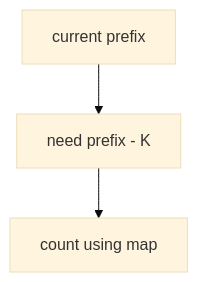
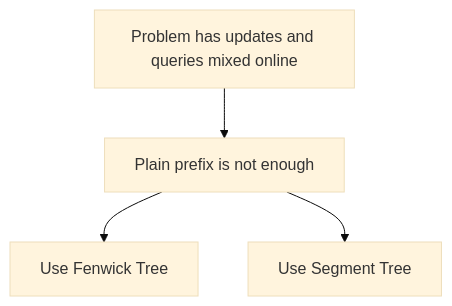
One commit to mthaiseer/springcloud-systemdesign-notes changed the ninth of 11 diagrams in CP_DSA_NOTES/CONCEPT_FRAMEWORK_FORMS_TATICS/002_PREFIX_CFFT.md. Above: the diagram before and after it, drawn with Mermaid (base theme). The commit also changed other lines of this file and 1 other file, not shown here.

````diff
--- a/CP_DSA_NOTES/CONCEPT_FRAMEWORK_FORMS_TATICS/002_PREFIX_CFFT.md
+++ b/CP_DSA_NOTES/CONCEPT_FRAMEWORK_FORMS_TATICS/002_PREFIX_CFFT.md
@@ -192,5 +352,6 @@
 ```mermaid
 flowchart TD
-    A[current prefix] --> B[need prefix - K]
-    B --> C[count using map]
+    A["Problem has updates and queries mixed online"] --> B["Plain prefix is not enough"]
+    B --> C["Use Fenwick Tree"]
+    B --> D["Use Segment Tree"]
 ```
````
